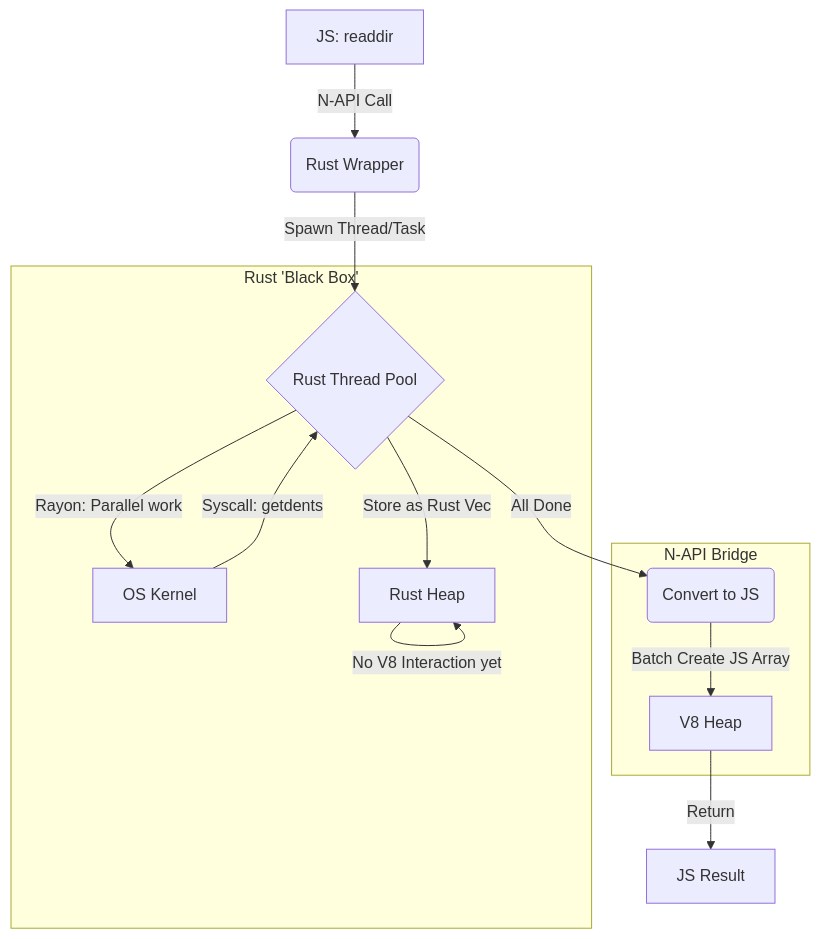
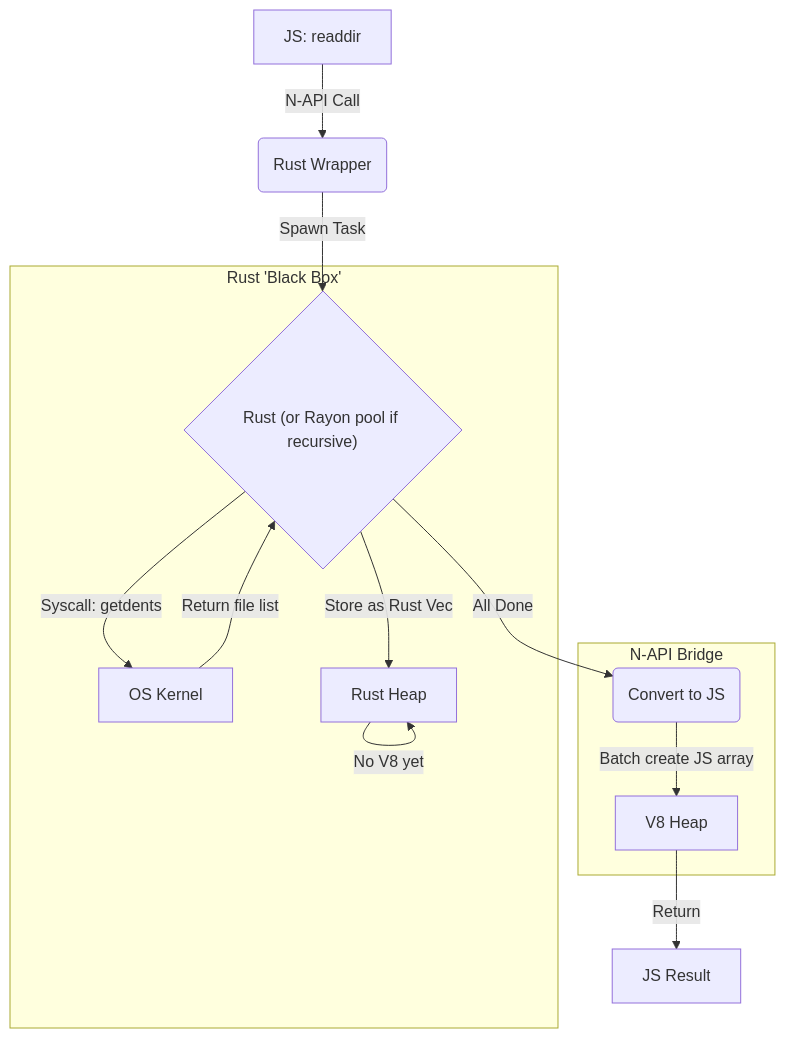
Before and after one commit to CoderSerio/rush-fs: the second of 2 diagrams in README.md, drawn with Mermaid. The commit also changed other lines of this file and 2 other files, not shown here.

Commit message:
docs: update CHANGELOG and README

````diff
--- a/README.md
+++ b/README.md
@@ -171,20 +169,20 @@
 ```mermaid
 graph TD
     A["JS: readdir"] -->|"N-API Call"| B("Rust Wrapper")
-    B -->|"Spawn Thread/Task"| C{"Rust Thread Pool"}
+    B -->|"Spawn Task"| C{"Rust (or Rayon pool if recursive)"}
 
     subgraph "Rust 'Black Box'"
-    C -->|"Rayon: Parallel work"| D[OS Kernel]
-    D -->|"Syscall: getdents"| C
+    C -->|"Syscall: getdents"| D[OS Kernel]
+    D -->|"Return file list"| C
     C -->|"Store as Rust Vec<String>"| H[Rust Heap]
-    H -->|"No V8 Interaction yet"| H
+    H -->|"No V8 yet"| H
     end
 
     C -->|"All Done"| I("Convert to JS")
 
     subgraph "N-API Bridge"
-    I -->|"Batch Create JS Array"| J[V8 Heap]
+    I -->|"Batch create JS array"| J[V8 Heap]
     end
 
     J -->|Return| K["JS Result"]
 ```
````
